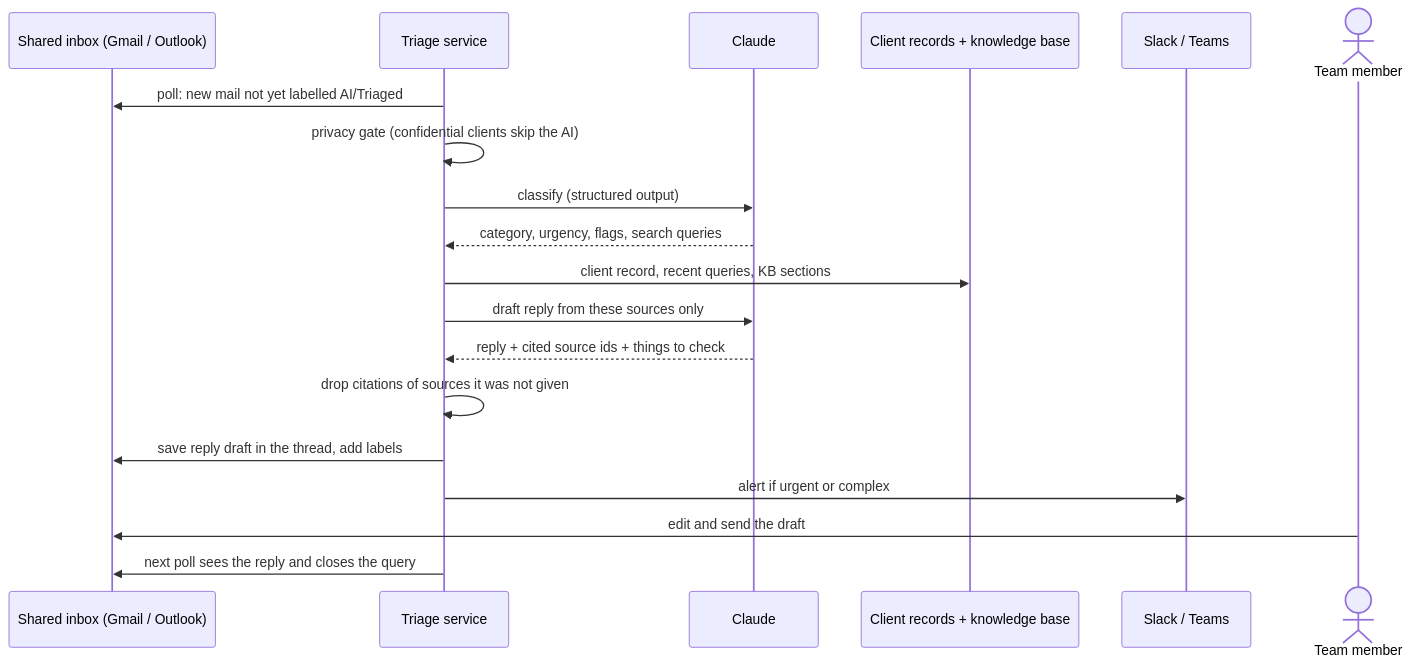
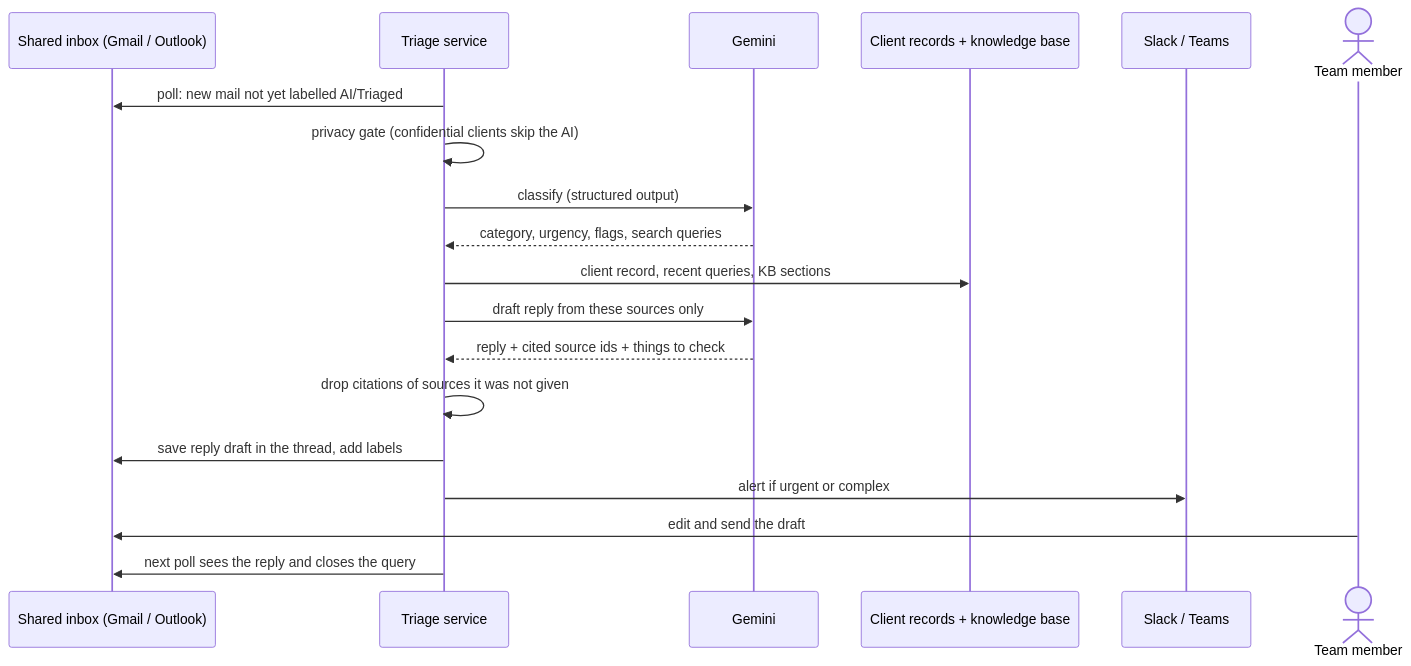
Before and after one commit to youcallmejoaz/ai-client-query-triage: the diagram in README.md, drawn with Mermaid. The commit also changed other lines of this file and 20 other files, not shown here.

First line of the commit message:
Switch the assistant from Claude to Gemini

````diff
--- a/README.md
+++ b/README.md
@@ -113,22 +113,22 @@
 ```mermaid
 sequenceDiagram
     participant M as Shared inbox (Gmail / Outlook)
     participant P as Triage service
-    participant C as Claude
+    participant C as Gemini
     participant K as Client records + knowledge base
     participant T as Slack / Teams
     actor A as Team member
 
     P->>M: poll: new mail not yet labelled AI/Triaged
     P->>P: privacy gate (confidential clients skip the AI)
     P->>C: classify (structured output)
     C-->>P: category, urgency, flags, search queries
     P->>K: client record, recent queries, KB sections
     P->>C: draft reply from these sources only
     C-->>P: reply + cited source ids + things to check
     P->>P: drop citations of sources it was not given
     P->>M: save reply draft in the thread, add labels
     P->>T: alert if urgent or complex
     A->>M: edit and send the draft
     P->>M: next poll sees the reply and closes the query
 ```
````
